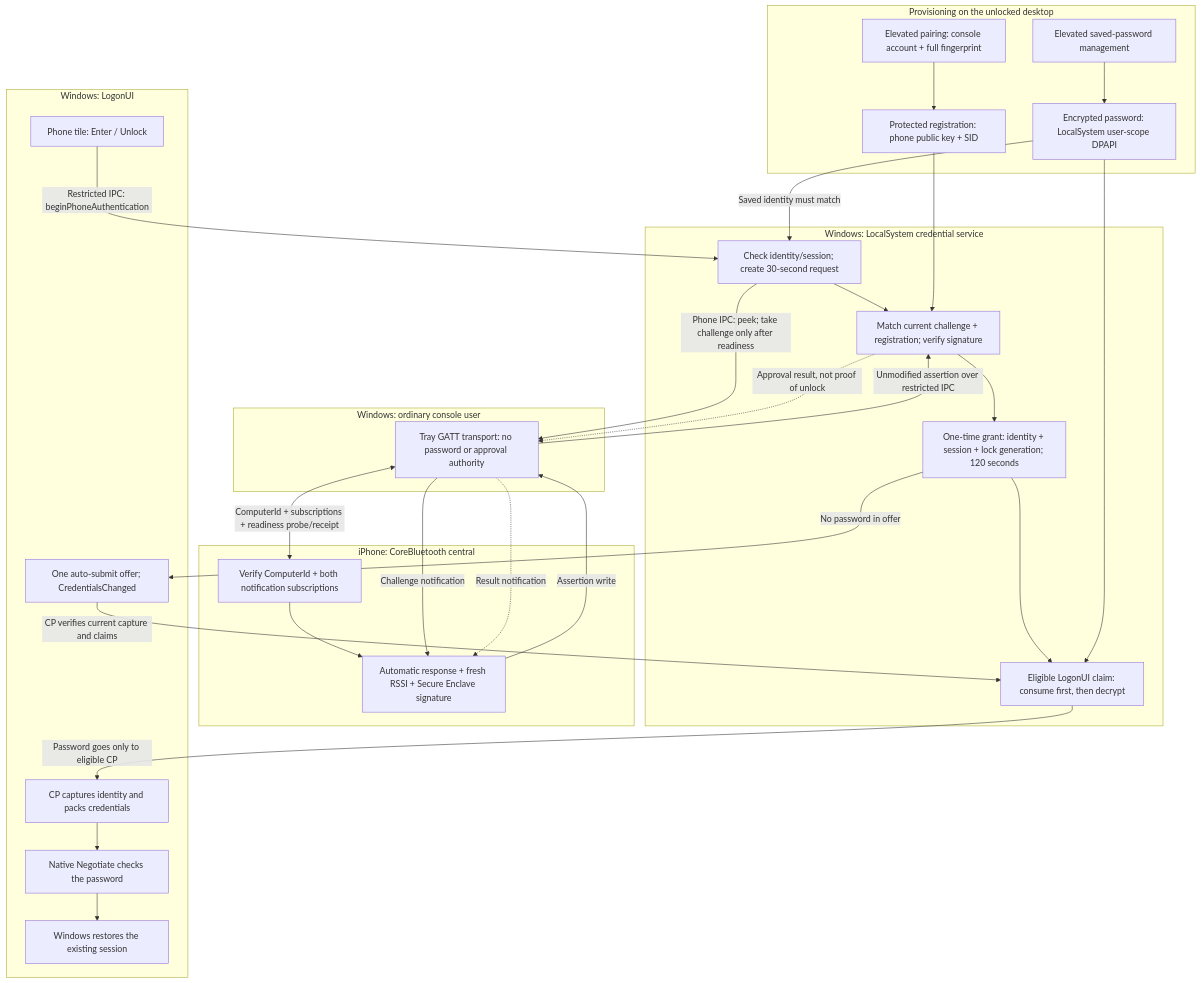
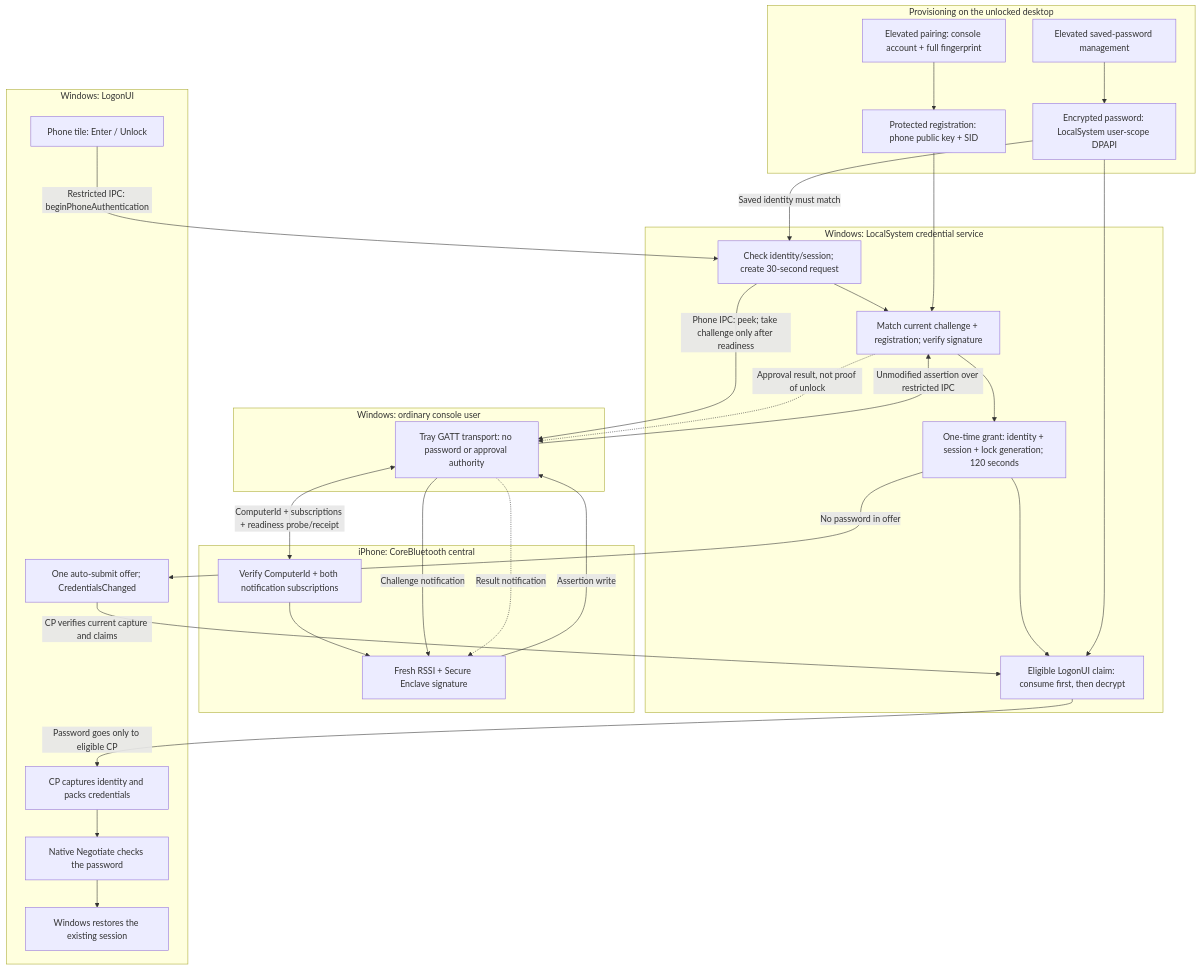
The diagram in Protocol.md (dennis6481/unlock-windows-with-iphone), drawn with Mermaid before and after one commit. The commit also changed other lines of this file and 20 other files, not shown here.

````diff
--- a/Protocol.md
+++ b/Protocol.md
@@ -11,48 +11,48 @@
 ```mermaid
 flowchart TB
     subgraph Provisioning["Provisioning on the unlocked desktop"]
         Pair["Elevated pairing: console account + full fingerprint"]
         Registration["Protected registration: phone public key + SID"]
         Manager["Elevated saved-password management"]
         Vault["Encrypted password: LocalSystem user-scope DPAPI"]
         Pair --> Registration
         Manager --> Vault
     end
     subgraph Phone["iPhone: CoreBluetooth central"]
         Ready["Verify ComputerId + both notification subscriptions"]
-        Sign["Automatic response + fresh RSSI + Secure Enclave signature"]
+        Sign["Fresh RSSI + Secure Enclave signature"]
         Ready --> Sign
     end
     subgraph Desktop["Windows: ordinary console user"]
         Tray["Tray GATT transport: no password or approval authority"]
     end
     subgraph Authority["Windows: LocalSystem credential service"]
         Request["Check identity/session; create 30-second request"]
         Verify["Match current challenge + registration; verify signature"]
         Grant["One-time grant: identity + session + lock generation; 120 seconds"]
         Claim["Eligible LogonUI claim: consume first, then decrypt"]
         Request --> Verify --> Grant --> Claim
     end
     subgraph Logon["Windows: LogonUI"]
         Tile["Phone tile: Enter / Unlock"]
         Offer["One auto-submit offer; CredentialsChanged"]
         Pack["CP captures identity and packs credentials"]
         Native["Native Negotiate checks the password"]
         Session["Windows restores the existing session"]
         Pack --> Native --> Session
     end
     Tile -->|"Restricted IPC: beginPhoneAuthentication"| Request
     Request -->|"Phone IPC: peek; take challenge only after readiness"| Tray
     Tray <-->|"ComputerId + subscriptions + readiness probe/receipt"| Ready
     Tray -->|"Challenge notification"| Sign
     Sign -->|"Assertion write"| Tray
     Tray -->|"Unmodified assertion over restricted IPC"| Verify
     Registration --> Verify
     Vault -->|"Saved identity must match"| Request
     Grant -->|"No password in offer"| Offer
     Offer -->|"CP verifies current capture and claims"| Claim
     Vault --> Claim
     Claim -->|"Password goes only to eligible CP"| Pack
     Verify -.->|"Approval result, not proof of unlock"| Tray
     Tray -.->|"Result notification"| Sign
 ```
````
